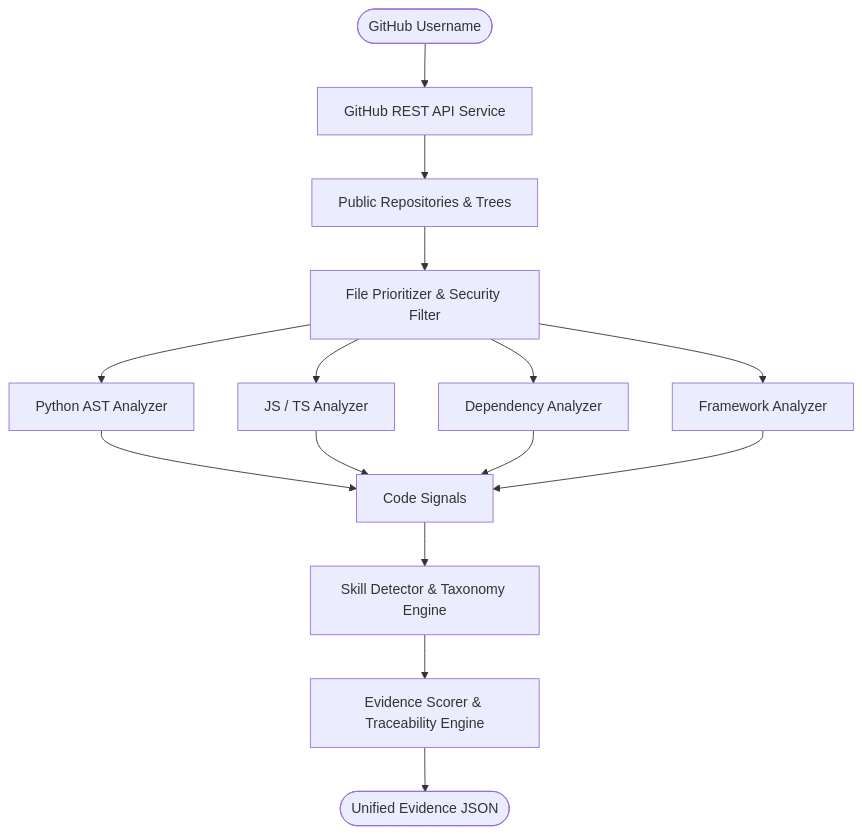
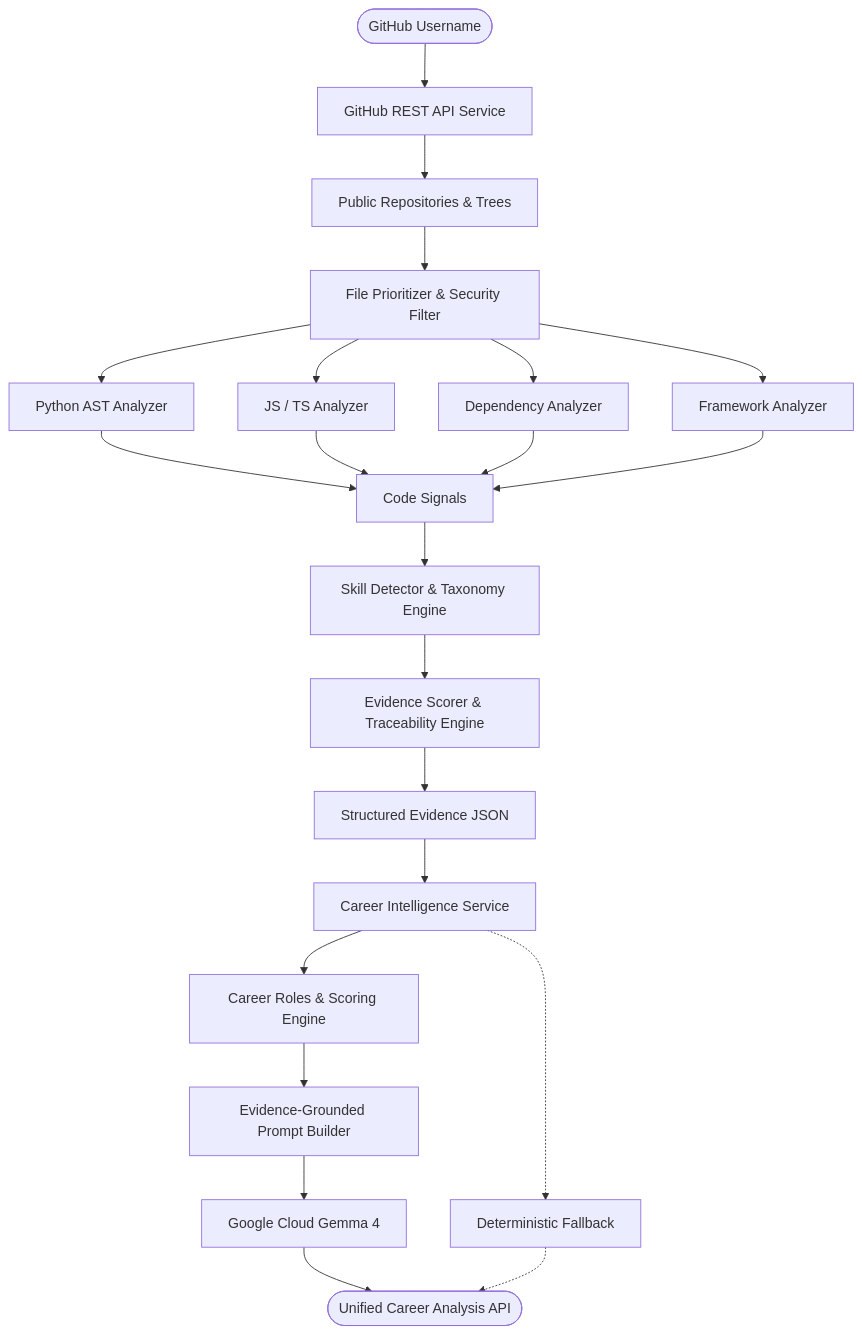
One commit to Sunny-Dheeraj/hacktoberfest-hack-day-coimbatore-x-init-club-and-idea-club changed the diagram in README.md. Above: the diagram before and after it, drawn with Mermaid. The commit also changed other lines of this file and 2 other files, not shown here.

Commit message:
docs: document phase two career intelligence and gemma 4 architecture

````diff
--- a/README.md
+++ b/README.md
@@ -80,17 +99,23 @@
 ```mermaid
 flowchart TD
     User([GitHub Username]) --> GHService[GitHub REST API Service]
     GHService --> Repos[Public Repositories & Trees]
     Repos --> Filter[File Prioritizer & Security Filter]
     Filter --> PyAST[Python AST Analyzer]
     Filter --> JSTS[JS / TS Analyzer]
     Filter --> Dep[Dependency Analyzer]
     Filter --> Fw[Framework Analyzer]
     PyAST --> Signals[Code Signals]
     JSTS --> Signals
     Dep --> Signals
     Fw --> Signals
     Signals --> Detector[Skill Detector & Taxonomy Engine]
     Detector --> Scorer[Evidence Scorer & Traceability Engine]
-    Scorer --> Output([Unified Evidence JSON])
+    Scorer --> EvJSON[Structured Evidence JSON]
+    EvJSON --> CareerSvc[Career Intelligence Service]
+    CareerSvc --> Roles[Career Roles & Scoring Engine]
+    Roles --> Prompt[Evidence-Grounded Prompt Builder]
+    Prompt --> Gemma[Google Cloud Gemma 4]
+    Gemma --> Response([Unified Career Analysis API])
+    CareerSvc -.-> Fallback[Deterministic Fallback] .-> Response
 ```
````
